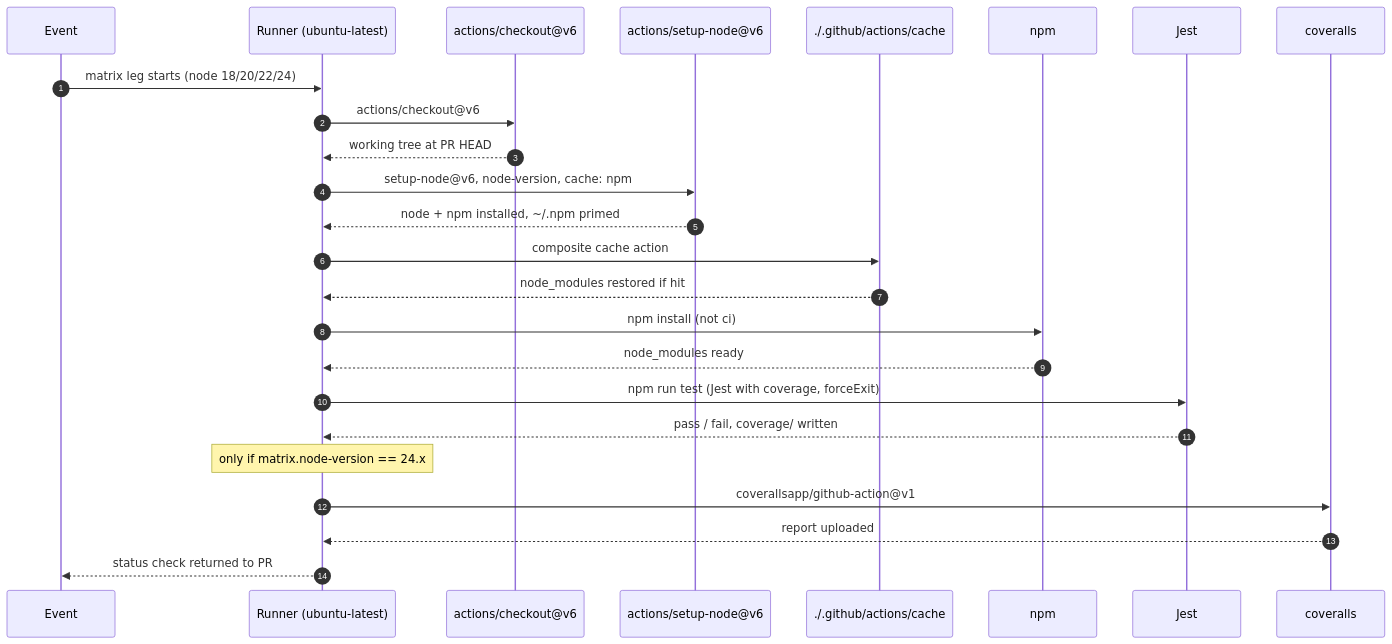
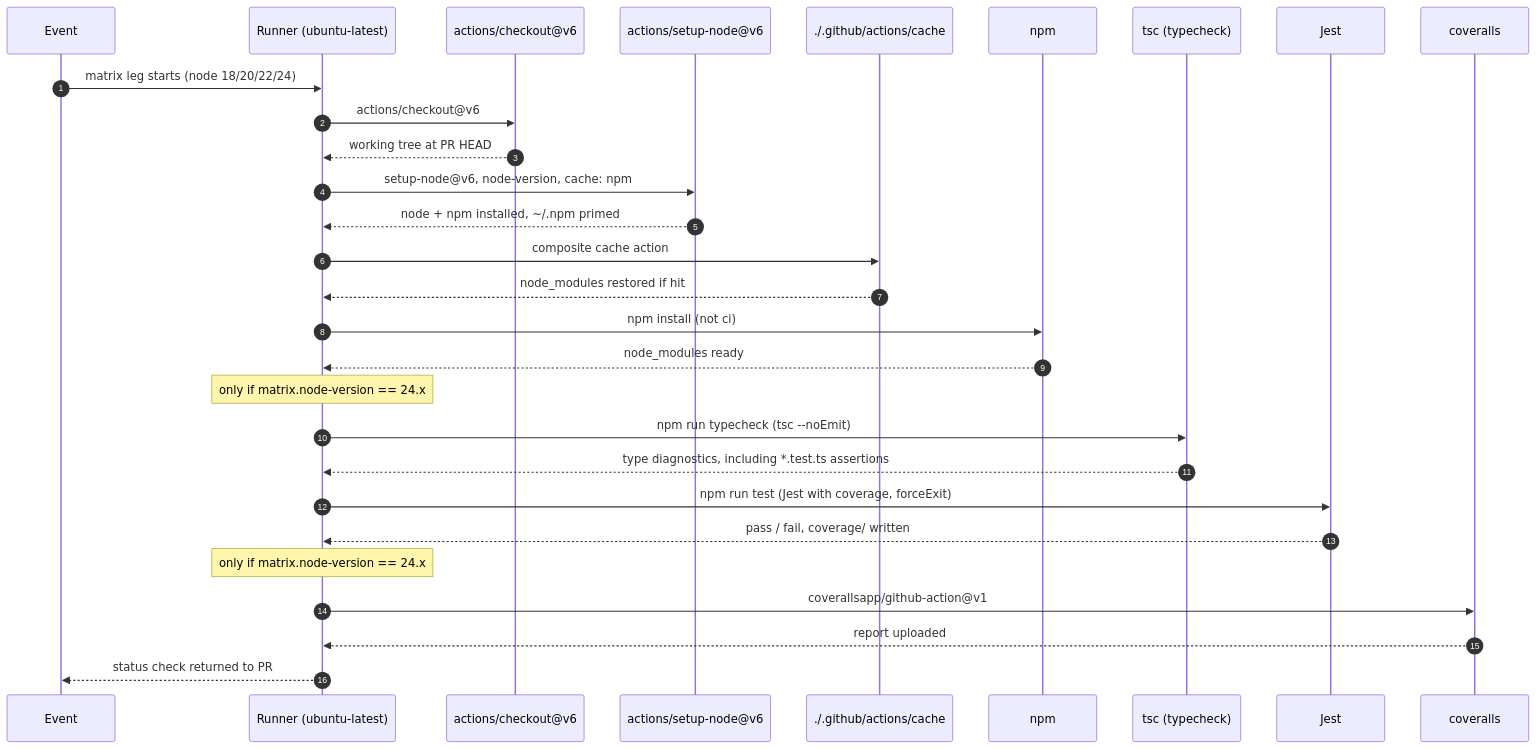
One commit to llm-exe/llm-exe changed the fourth of 9 diagrams in .github/docs/TESTS_DEEP_DIVE.md. Above: the diagram before and after it, drawn with Mermaid. The commit also changed other lines of this file and 4 other files, not shown here.

````diff
--- a/.github/docs/TESTS_DEEP_DIVE.md
+++ b/.github/docs/TESTS_DEEP_DIVE.md
@@ -165,28 +169,32 @@
 ```mermaid
 sequenceDiagram
     autonumber
     participant E as Event
     participant R as Runner (ubuntu-latest)
     participant CO as actions/checkout@v6
     participant SN as actions/setup-node@v6
     participant CA as ./.github/actions/cache
     participant NPM as npm
+    participant TS as tsc (typecheck)
     participant J as Jest
     participant CV as coveralls
 
     E->>R: matrix leg starts (node 18/20/22/24)
     R->>CO: actions/checkout@v6
     CO-->>R: working tree at PR HEAD
     R->>SN: setup-node@v6, node-version, cache: npm
     SN-->>R: node + npm installed, ~/.npm primed
     R->>CA: composite cache action
     CA-->>R: node_modules restored if hit
     R->>NPM: npm install (not ci)
     NPM-->>R: node_modules ready
+    Note over R: only if matrix.node-version == 24.x
+    R->>TS: npm run typecheck (tsc --noEmit)
+    TS-->>R: type diagnostics, including *.test.ts assertions
     R->>J: npm run test (Jest with coverage, forceExit)
     J-->>R: pass / fail, coverage/ written
     Note over R: only if matrix.node-version == 24.x
     R->>CV: coverallsapp/github-action@v1
     CV-->>R: report uploaded
     R-->>E: status check returned to PR
 ```
````
